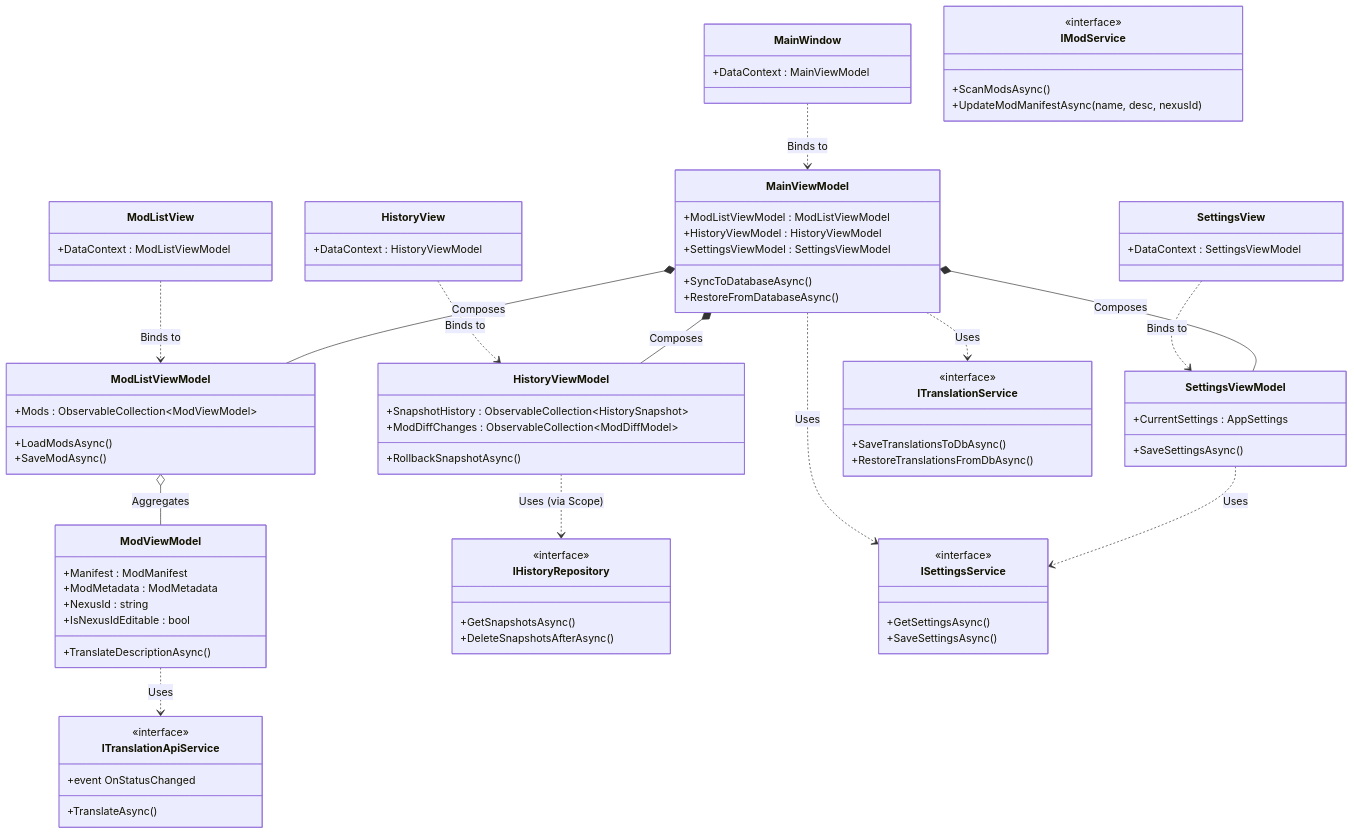
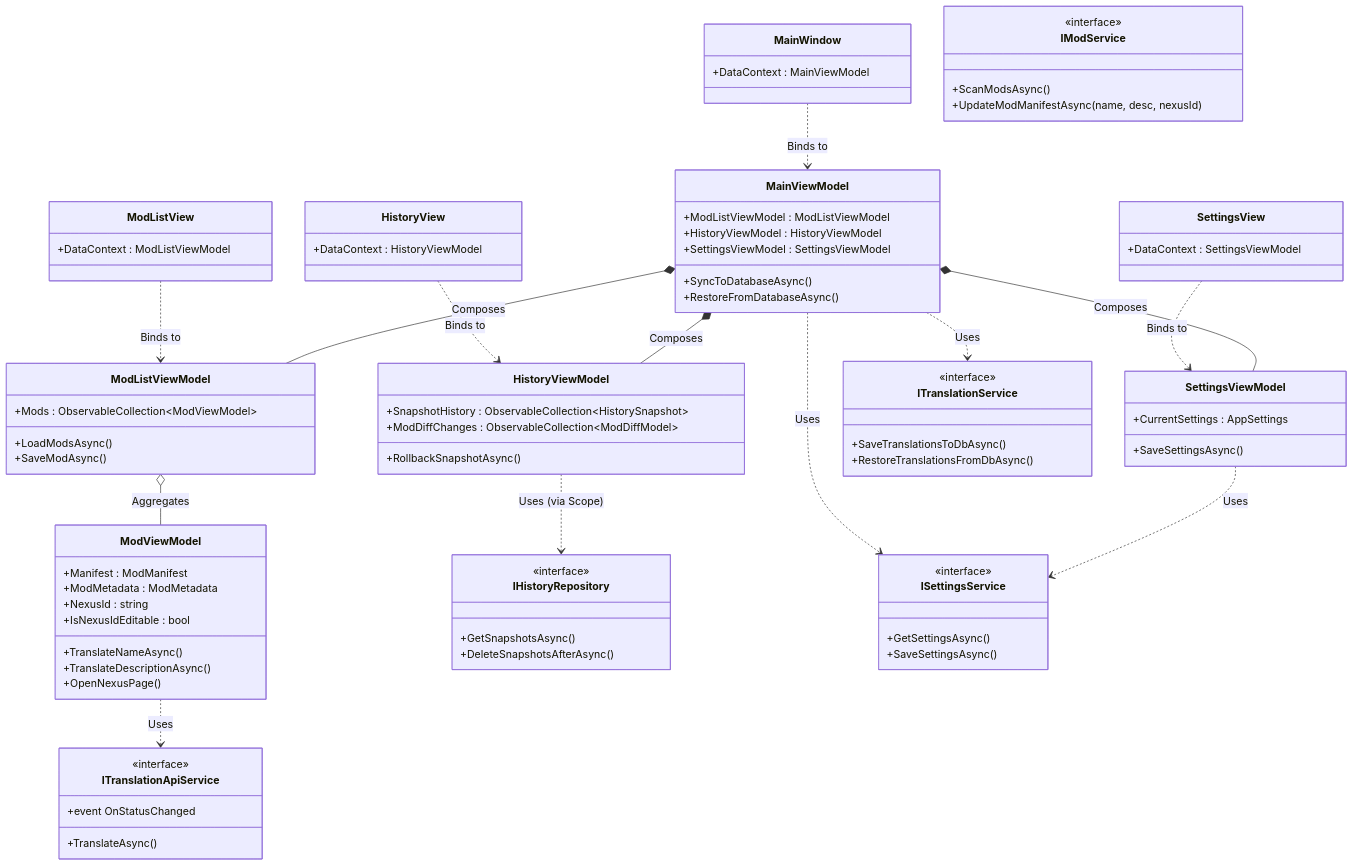
The second of 5 diagrams in docs/ARCHITECTURE.md (Sisyphean-a/SMTMS), drawn with Mermaid before and after one commit. The commit also changed other lines of this file and 5 other files, not shown here.

```diff
--- a/docs/ARCHITECTURE.md
+++ b/docs/ARCHITECTURE.md
@@ -86,7 +86,9 @@
         +ModMetadata : ModMetadata
         +NexusId : string
         +IsNexusIdEditable : bool
+        +TranslateNameAsync()
         +TranslateDescriptionAsync()
+        +OpenNexusPage()
     }
 
     %% Interfaces/Services
```
